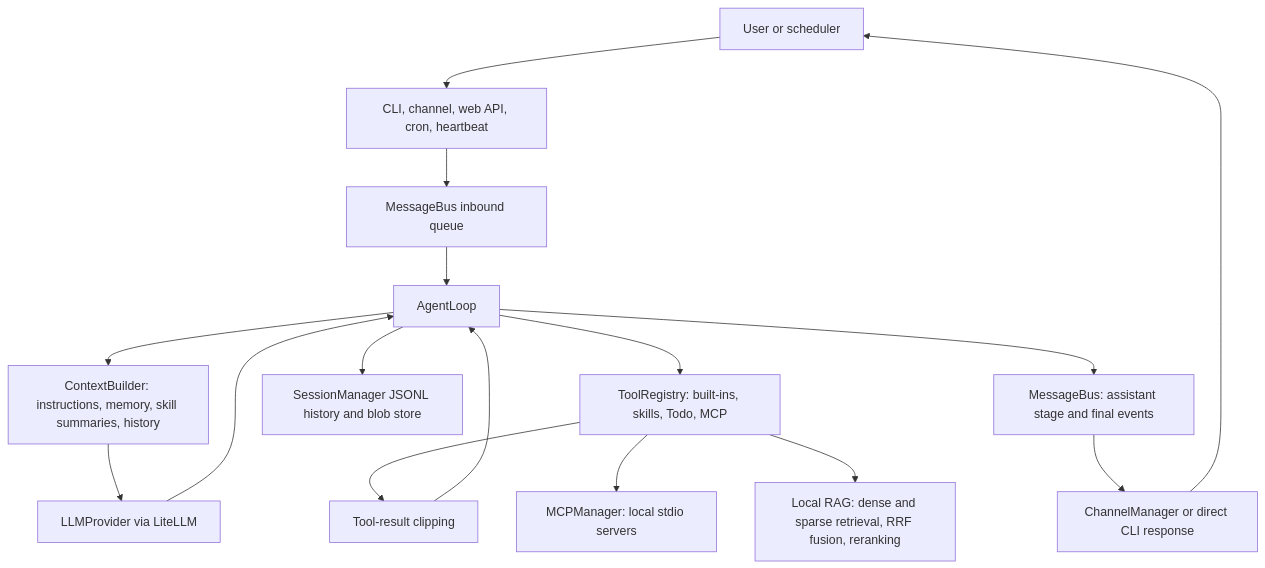
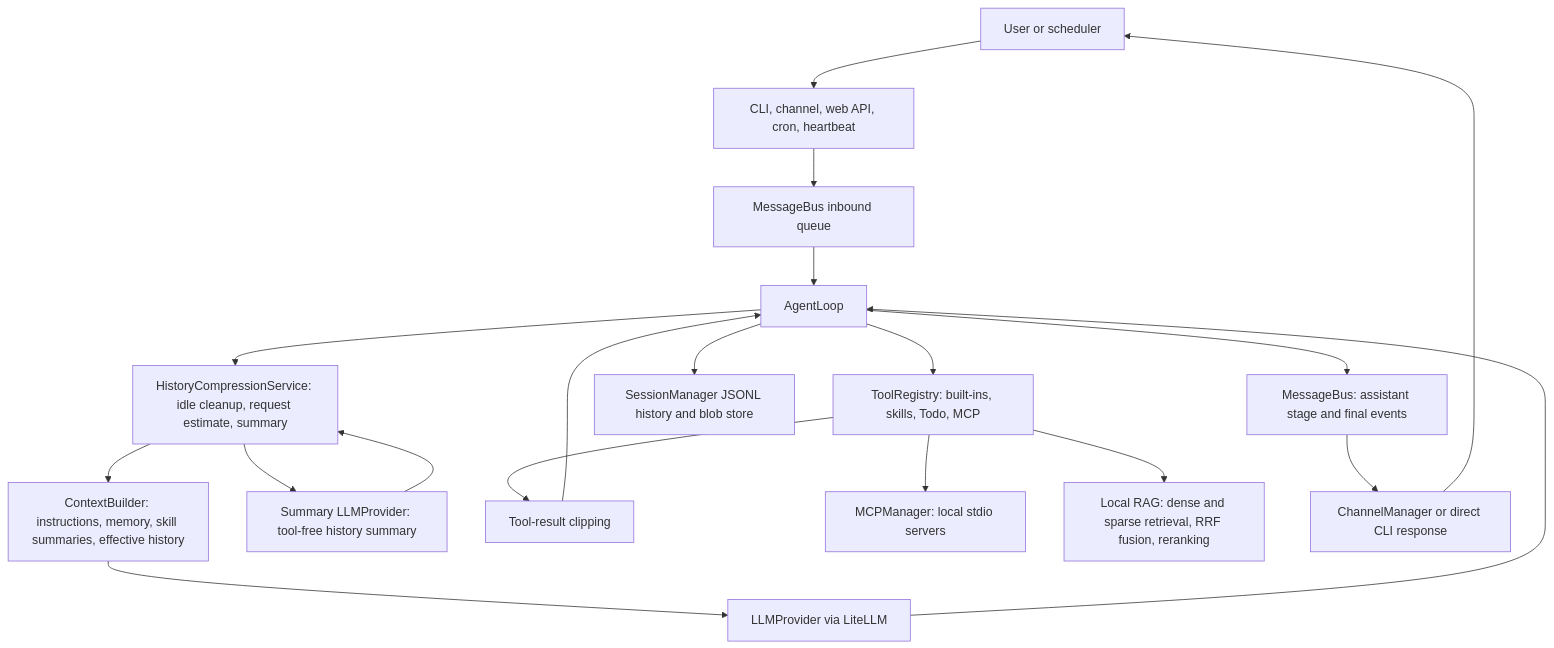
The diagram in docs/architecture.md (toughguy1999/nanobot), drawn with Mermaid before and after one commit. The commit also changed other lines of this file and 54 other files, not shown here.

````diff
--- a/docs/architecture.md
+++ b/docs/architecture.md
@@ -47,18 +47,21 @@
 ```mermaid
 flowchart TD
     User["User or scheduler"] --> Entry["CLI, channel, web API, cron, heartbeat"]
     Entry --> BusIn["MessageBus inbound queue"]
     BusIn --> Agent["AgentLoop"]
-    Agent --> Context["ContextBuilder: instructions, memory, skill summaries, history"]
+    Agent --> Compression["HistoryCompressionService: idle cleanup, request estimate, summary"]
+    Compression --> Context["ContextBuilder: instructions, memory, skill summaries, effective history"]
+    Compression --> Summary["Summary LLMProvider: tool-free history summary"]
+    Summary --> Compression
     Context --> Provider["LLMProvider via LiteLLM"]
     Provider --> Agent
     Agent --> Tools["ToolRegistry: built-ins, skills, Todo, MCP"]
     Tools --> Clip["Tool-result clipping"]
     Clip --> Agent
     Tools --> MCP["MCPManager: local stdio servers"]
     Tools --> RAG["Local RAG: dense and sparse retrieval, RRF fusion, reranking"]
     Agent --> Sessions["SessionManager JSONL history and blob store"]
     Agent --> BusOut["MessageBus: assistant stage and final events"]
     BusOut --> Channels["ChannelManager or direct CLI response"]
     Channels --> User
 ```
````
